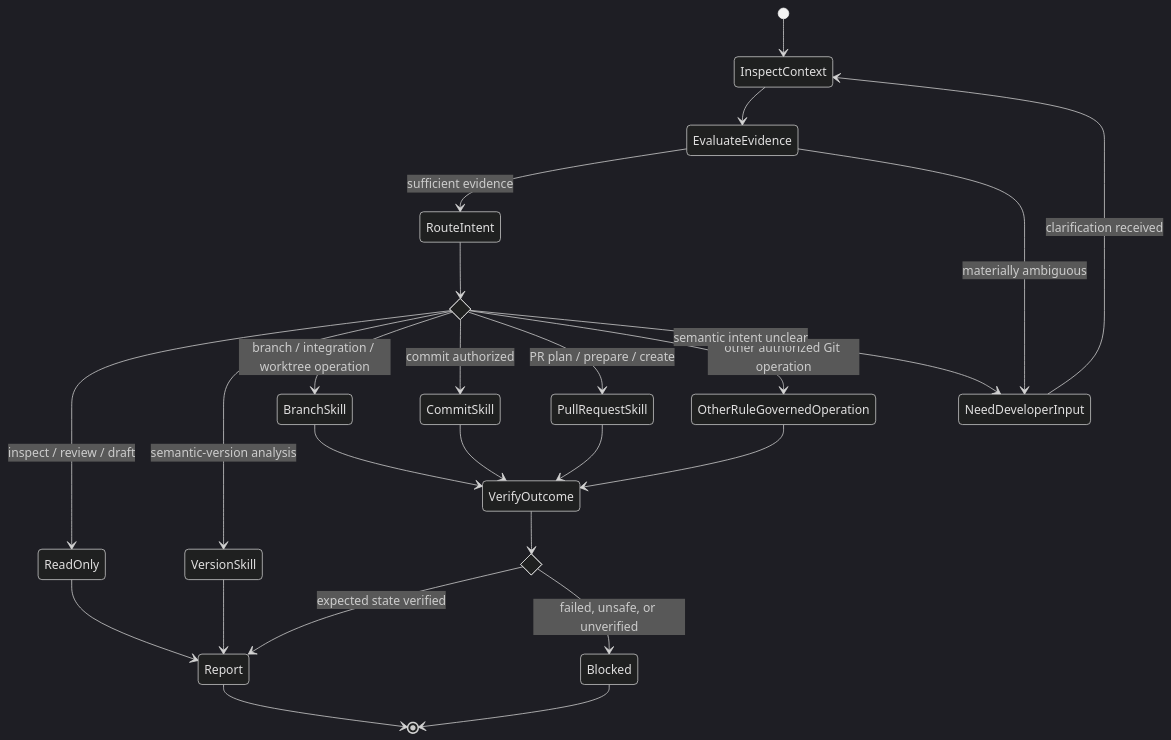
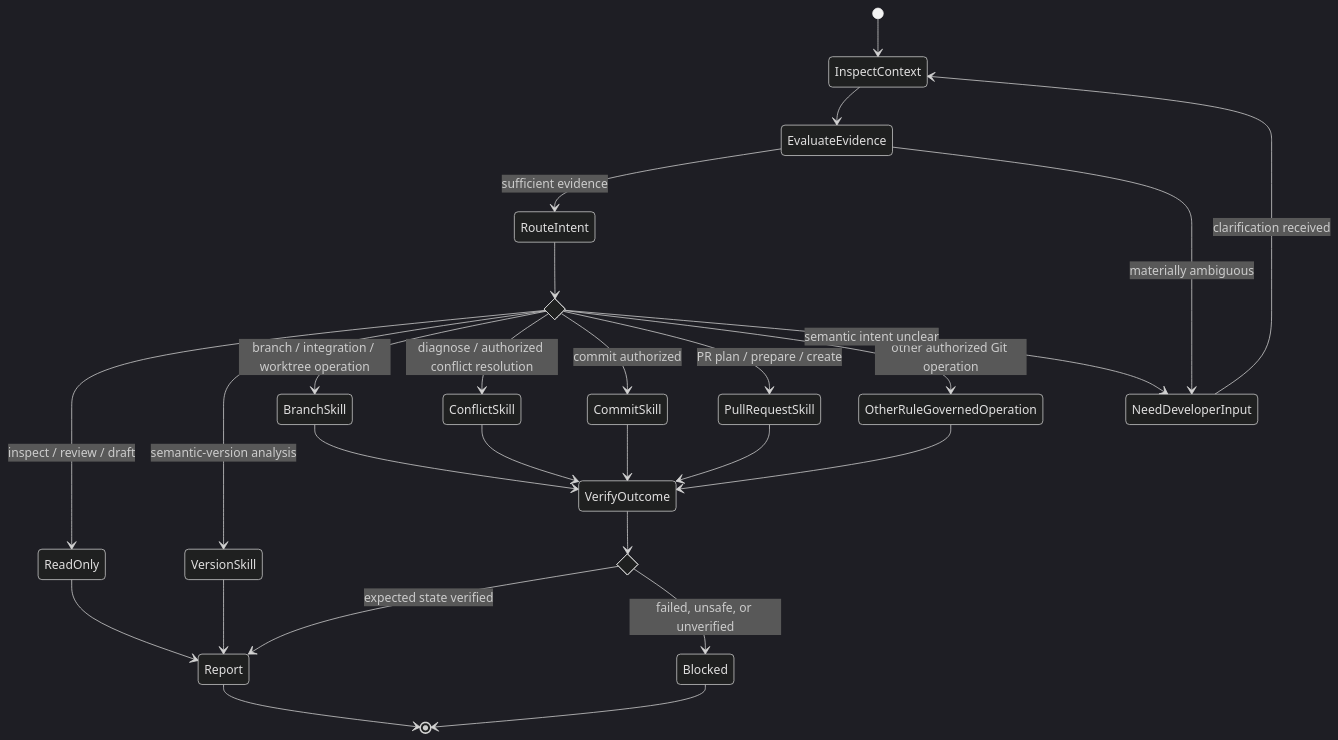
Before and after one commit to JadsonLucena/agent-toolkit: the diagram in contexts/git/agents/git-engineer.md, drawn with Mermaid (dark theme). The commit also changed other lines of this file and 7 other files, not shown here.

Commit message:
feat(git): add intent-preserving merge conflict resolution

````diff
--- a/contexts/git/agents/git-engineer.md
+++ b/contexts/git/agents/git-engineer.md
@@ -43,36 +45,38 @@
 ```mermaid
 stateDiagram-v2
     [*] --> InspectContext
     InspectContext --> EvaluateEvidence
 
     state EvaluateEvidence <<choice>>
     EvaluateEvidence --> RouteIntent: sufficient evidence
     EvaluateEvidence --> NeedDeveloperInput: materially ambiguous
 
     NeedDeveloperInput --> InspectContext: clarification received
 
     state Route <<choice>>
     RouteIntent --> Route
     Route --> ReadOnly: inspect / review / draft
     Route --> VersionSkill: semantic-version analysis
     Route --> BranchSkill: branch / integration / worktree operation
+    Route --> ConflictSkill: diagnose / authorized conflict resolution
     Route --> CommitSkill: commit authorized
     Route --> PullRequestSkill: PR plan / prepare / create
     Route --> OtherRuleGovernedOperation: other authorized Git operation
     Route --> NeedDeveloperInput: semantic intent unclear
 
     ReadOnly --> Report
     VersionSkill --> Report
     BranchSkill --> VerifyOutcome
+    ConflictSkill --> VerifyOutcome
     CommitSkill --> VerifyOutcome
     PullRequestSkill --> VerifyOutcome
     OtherRuleGovernedOperation --> VerifyOutcome
 
     state Outcome <<choice>>
     VerifyOutcome --> Outcome
     Outcome --> Report: expected state verified
     Outcome --> Blocked: failed, unsafe, or unverified
 
     Report --> [*]
     Blocked --> [*]
 ```
````
